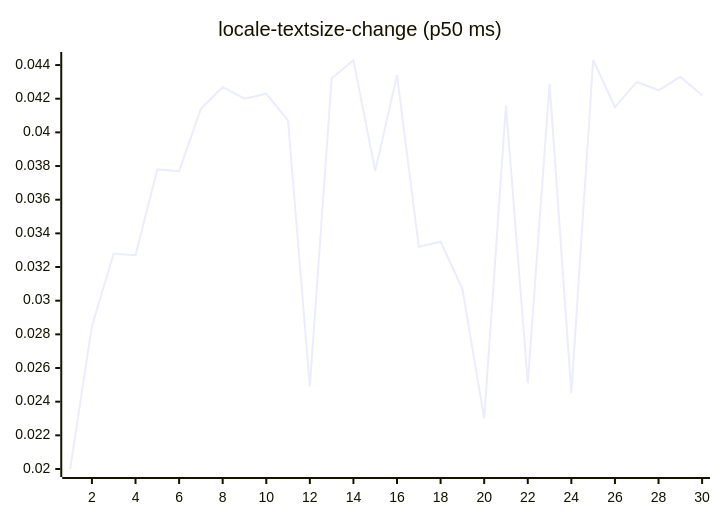
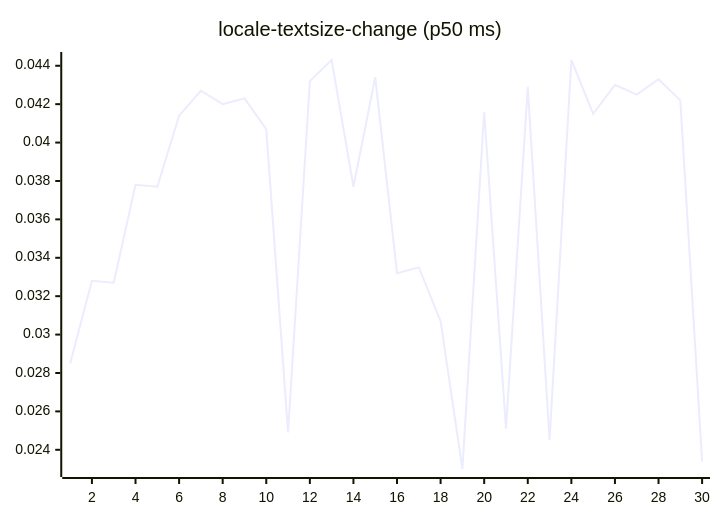
One commit to josha/Facet changed diagram 13 of 27 in README.md. Above: the diagram before and after it, drawn with Mermaid. The commit also changed other lines of this file and 2 other files, not shown here.

````diff
--- a/README.md
+++ b/README.md
@@ -147,6 +147,6 @@
 ```mermaid
 xychart-beta
     title "locale-textsize-change (p50 ms)"
     x-axis 1 --> 30
-    line [0.0200, 0.0285, 0.0328, 0.0327, 0.0378, 0.0377, 0.0414, 0.0427, 0.0420, 0.0423, 0.0407, 0.0249, 0.0432, 0.0443, 0.0377, 0.0434, 0.0332, 0.0335, 0.0307, 0.0230, 0.0416, 0.0251, 0.0429, 0.0245, 0.0443, 0.0415, 0.0430, 0.0425, 0.0433, 0.0422]
+    line [0.0285, 0.0328, 0.0327, 0.0378, 0.0377, 0.0414, 0.0427, 0.0420, 0.0423, 0.0407, 0.0249, 0.0432, 0.0443, 0.0377, 0.0434, 0.0332, 0.0335, 0.0307, 0.0230, 0.0416, 0.0251, 0.0429, 0.0245, 0.0443, 0.0415, 0.0430, 0.0425, 0.0433, 0.0422, 0.0234]
 ```
````
